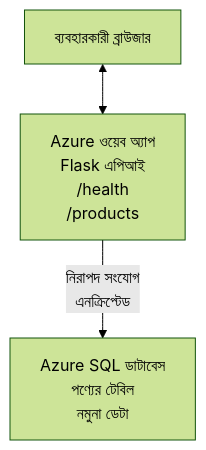
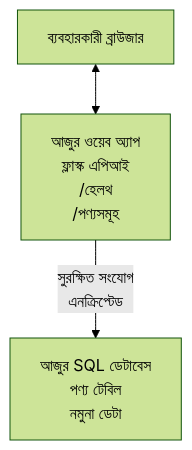
The diagram in translations/bn/examples/database-app/README.md (microsoft/AZD-for-beginners), drawn with Mermaid (forest theme) before and after one commit. The commit also changed other lines of this file and 101 other files, not shown here.

````diff
--- a/translations/bn/examples/database-app/README.md
+++ b/translations/bn/examples/database-app/README.md
@@ -73,5 +72,5 @@
 ```mermaid
 graph TD
-    Browser[ব্যবহারকারী ব্রাউজার] <--> WebApp[Azure ওয়েব অ্যাপ<br/>Flask এপিআই<br/>/health<br/>/products]
-    WebApp -- নিরাপদ সংযোগ<br/>এনক্রিপ্টেড --> SQL[Azure SQL ডাটাবেস<br/>পণ্যের টেবিল<br/>নমুনা ডেটা]
+    Browser[ব্যবহারকারী ব্রাউজার] <--> WebApp[আজুর ওয়েব অ্যাপ<br/>ফ্লাস্ক এপিআই<br/>/হেলথ<br/>/পণ্যসমূহ]
+    WebApp -- সুরক্ষিত সংযোগ<br/>এনক্রিপ্টেড --> SQL[আজুর SQL ডেটাবেস<br/>পণ্য টেবিল<br/>নমুনা ডেটা]
 ```
````
